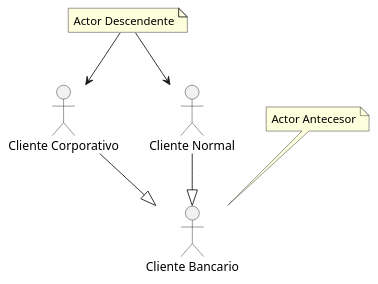
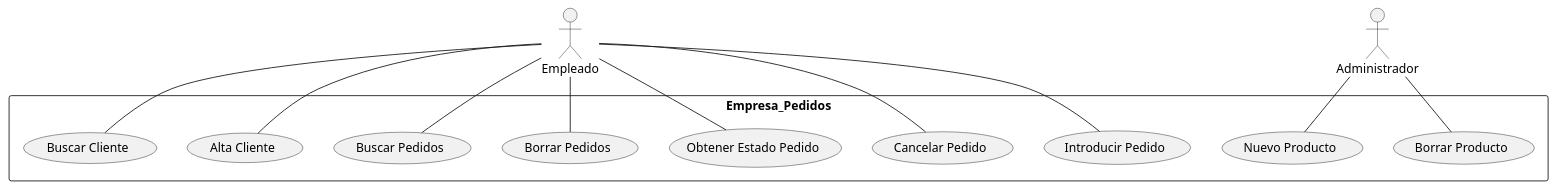
Before and after one commit to erentitan4512/Carlos-Arroyo-Galan-Casos-de-Uso-UML2: the diagram in src/Test.puml, drawn with PlantUML.

Commit message:
Seven Commit

```diff
--- a/src/Test.puml
+++ b/src/Test.puml
@@ -1,10 +1,24 @@
 @startuml
-:Cliente Bancario:
-:Cliente Corporativo: --|> :Cliente Bancario:
-:Cliente Normal: --|> :Cliente Bancario:
-note "Actor Antecesor" as n1
-note "Actor Descendente" as n2
-n1 --> :Cliente Bancario:
-n2 --> :Cliente Normal:
-n2 --> :Cliente Corporativo:
+:Empleado:
+:Administrador:
+rectangle Empresa_Pedidos {
+  usecase "Introducir Pedido" as C1
+  usecase "Cancelar Pedido" as C2
+  usecase "Obtener Estado Pedido" as C3
+  usecase "Borrar Pedidos" as C4
+  usecase "Buscar Pedidos" as C5
+  usecase "Alta Cliente" as C6
+  usecase "Buscar Cliente" as C7
+  usecase "Nuevo Producto" as C8
+  usecase "Borrar Producto" as C9
+}
+:Empleado: -- C1
+:Empleado: -- C2
+:Empleado: -- C3
+:Empleado: -- C4
+:Empleado: -- C5
+:Empleado: -- C6
+:Empleado: -- C7
+:Administrador: -- C8
+:Administrador: -- C9
 @enduml
```
